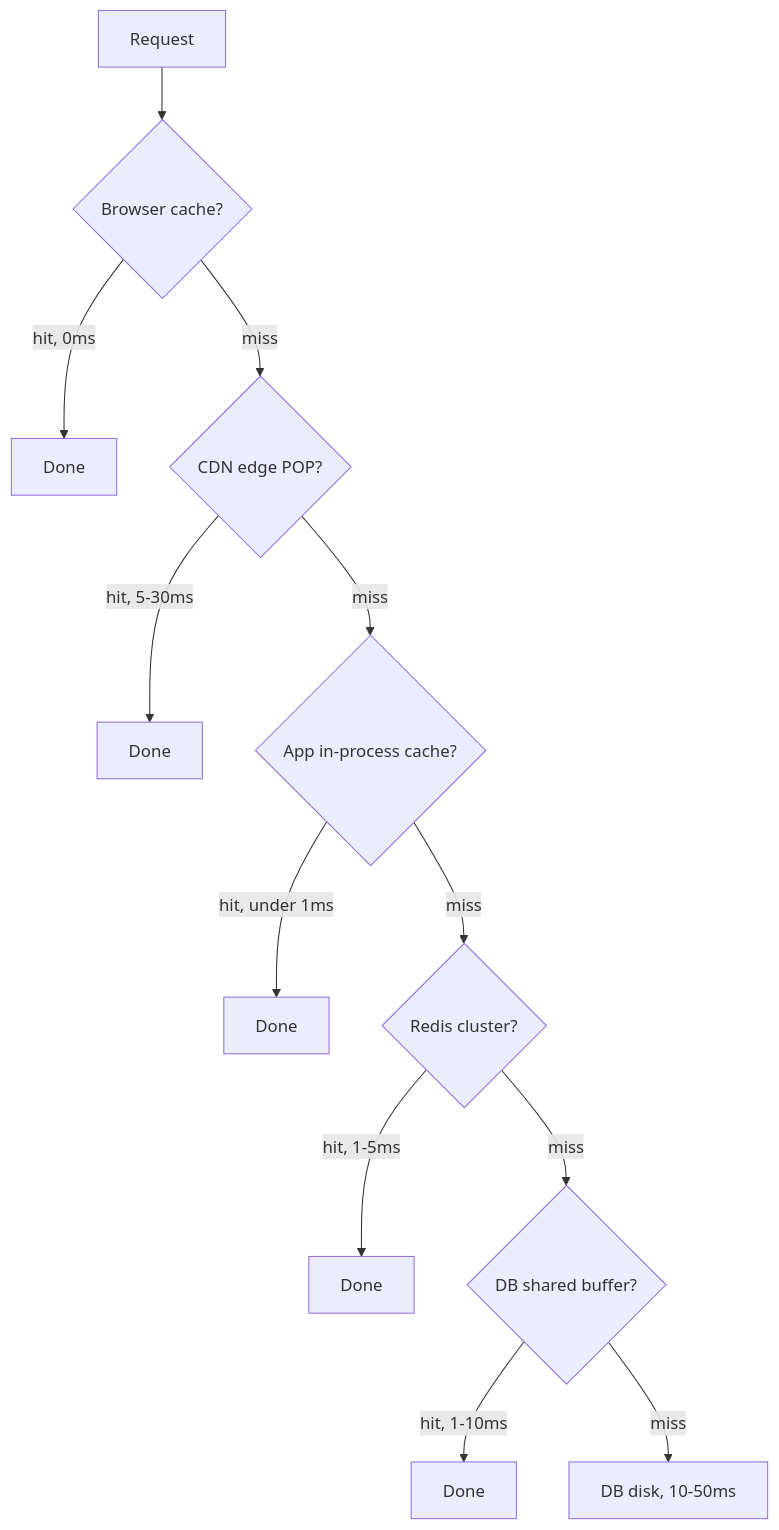
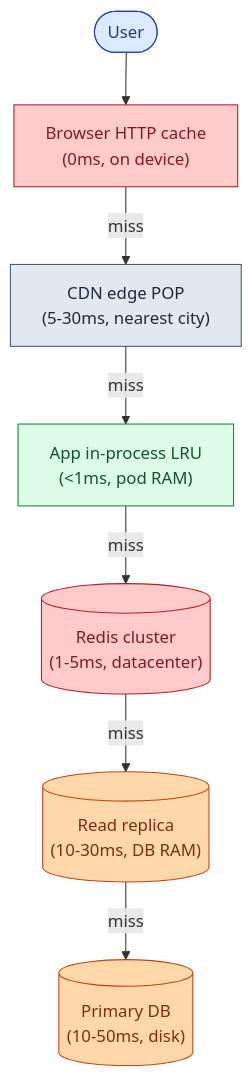
Before and after one commit to shiningflash/system-design: the second of 12 diagrams in problems/017-read-heavy-patterns/question.md, drawn with Mermaid. The commit also changed other lines of this file and 38 other files, not shown here.

````diff
--- a/problems/017-read-heavy-patterns/question.md
+++ b/problems/017-read-heavy-patterns/question.md
@@ -130,14 +72,15 @@
 ```mermaid
 flowchart TD
-    R[Request] --> L1{Browser cache?}
-    L1 -->|hit, 0ms| D1[Done]
-    L1 -->|miss| L2{CDN edge POP?}
-    L2 -->|hit, 5-30ms| D2[Done]
-    L2 -->|miss| L3{App in-process cache?}
-    L3 -->|hit, under 1ms| D3[Done]
-    L3 -->|miss| L4{Redis cluster?}
-    L4 -->|hit, 1-5ms| D4[Done]
-    L4 -->|miss| L5{DB shared buffer?}
-    L5 -->|hit, 1-10ms| D5[Done]
-    L5 -->|miss| L6[DB disk, 10-50ms]
+    R([User]):::user --> B["Browser HTTP cache<br/>(0ms, on device)"]:::cache
+    B -->|miss| C["CDN edge POP<br/>(5-30ms, nearest city)"]:::edge
+    C -->|miss| L["App in-process LRU<br/>(&lt;1ms, pod RAM)"]:::app
+    L -->|miss| Redis[("Redis cluster<br/>(1-5ms, datacenter)")]:::cache
+    Redis -->|miss| Rep[("Read replica<br/>(10-30ms, DB RAM)")]:::db
+    Rep -->|miss| P[("Primary DB<br/>(10-50ms, disk)")]:::db
+
+    classDef user fill:#dbeafe,stroke:#1e40af,color:#1e3a8a
+    classDef edge fill:#e2e8f0,stroke:#475569,color:#1e293b
+    classDef app fill:#dcfce7,stroke:#15803d,color:#14532d
+    classDef cache fill:#fecaca,stroke:#b91c1c,color:#7f1d1d
+    classDef db fill:#fed7aa,stroke:#c2410c,color:#7c2d12
 ```
````
